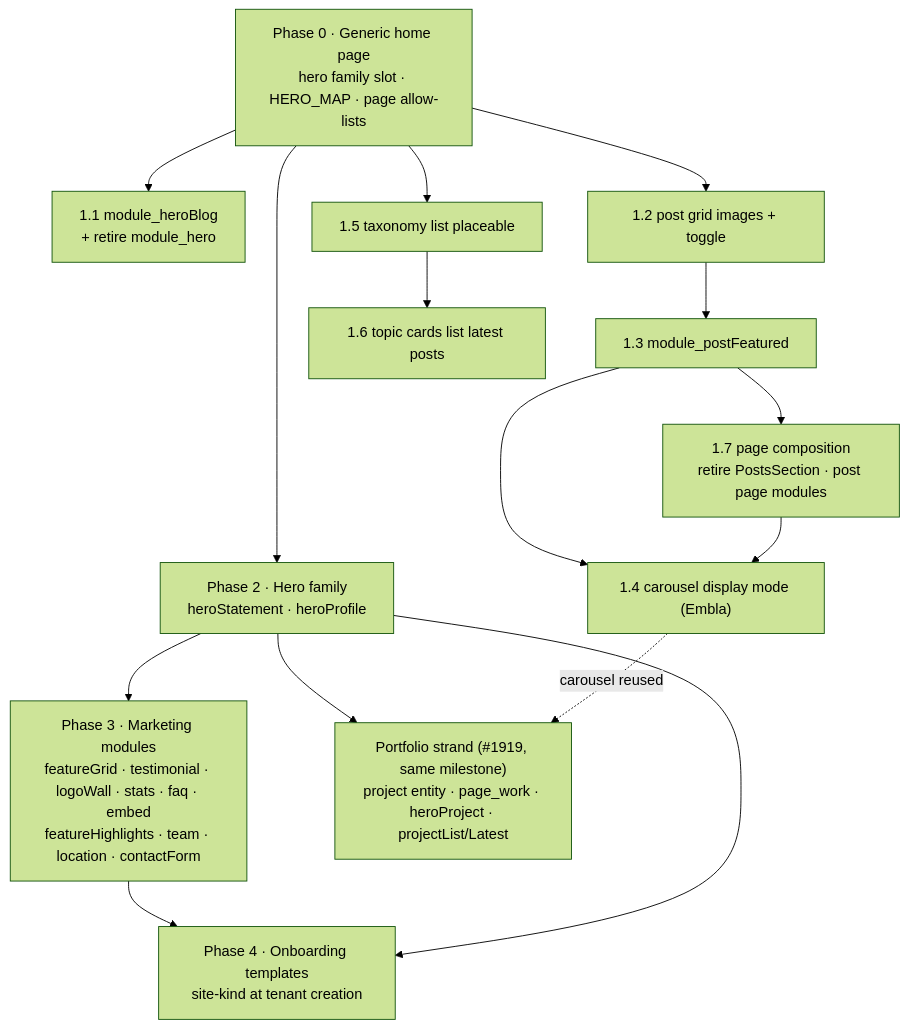
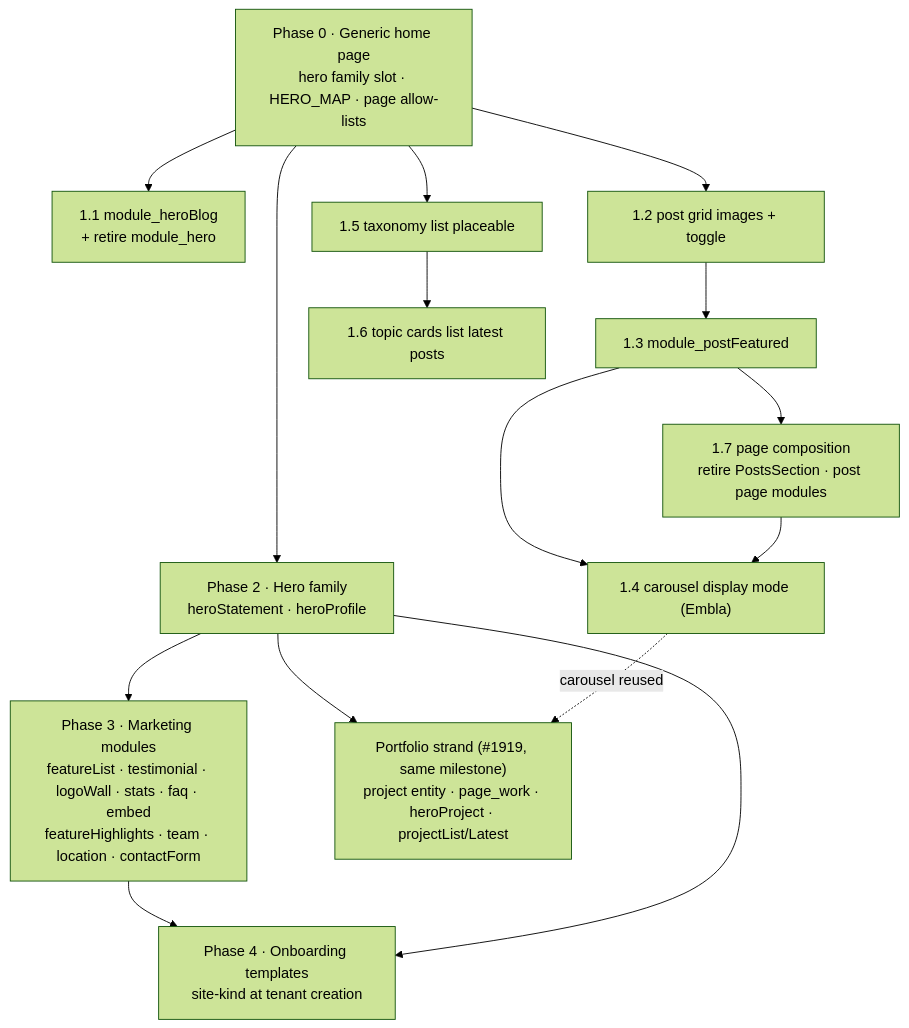
One commit to ValOvinnikov/blog changed the third of 3 diagrams in docs/BACKLOG.md. Above: the diagram before and after it, drawn with Mermaid (forest theme). The commit also changed 1 other file, not shown here.

Commit message:
docs(spec): content alignment moves the actions too; profile hero on home and landing only

````diff
--- a/docs/BACKLOG.md
+++ b/docs/BACKLOG.md
@@ -786,24 +786,24 @@
 ```mermaid
 flowchart TD
   P0["Phase 0 · Generic home page<br/>hero family slot · HERO_MAP · page allow-lists"]
   P1a["1.1 module_heroBlog<br/>+ retire module_hero"]
   P1b["1.2 post grid images + toggle"]
   P1c["1.3 module_postFeatured"]
   P1d["1.4 carousel display mode (Embla)"]
   P1e["1.5 taxonomy list placeable"]
   P1f["1.6 topic cards list latest posts"]
   P1g["1.7 page composition<br/>retire PostsSection · post page modules"]
   P2["Phase 2 · Hero family<br/>heroStatement · heroProfile"]
-  P3["Phase 3 · Marketing modules<br/>featureGrid · testimonial · logoWall · stats · faq · embed<br/>featureHighlights · team · location · contactForm"]
+  P3["Phase 3 · Marketing modules<br/>featureList · testimonial · logoWall · stats · faq · embed<br/>featureHighlights · team · location · contactForm"]
   P4["Phase 4 · Onboarding templates<br/>site-kind at tenant creation"]
   M9["Portfolio strand (#1919, same milestone)<br/>project entity · page_work · heroProject · projectList/Latest"]
   P0 --> P1a & P1b & P1e
   P1b --> P1c --> P1d
   P1c --> P1g --> P1d
   P1e --> P1f
   P0 --> P2 --> P3
   P2 --> M9
   P1d -.->|carousel reused| M9
   P3 --> P4
   P2 --> P4
 ```
````
